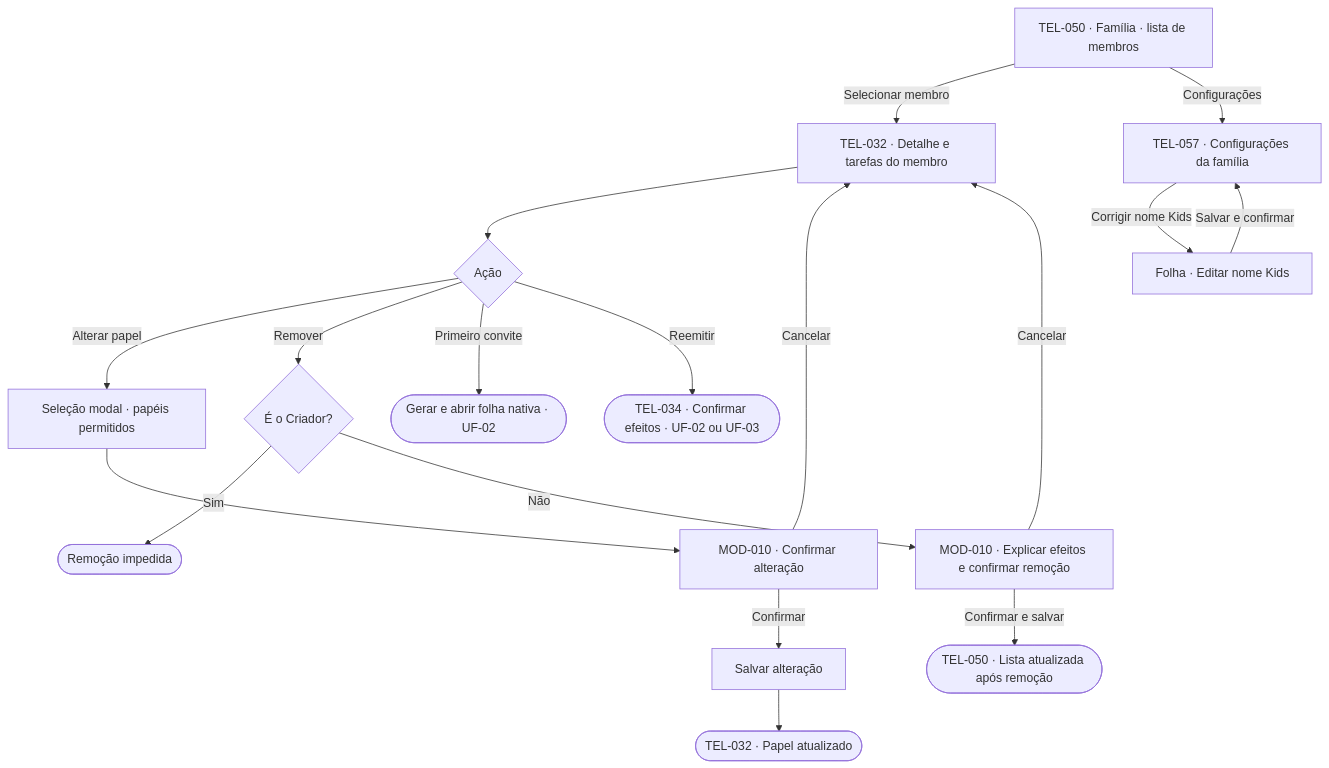
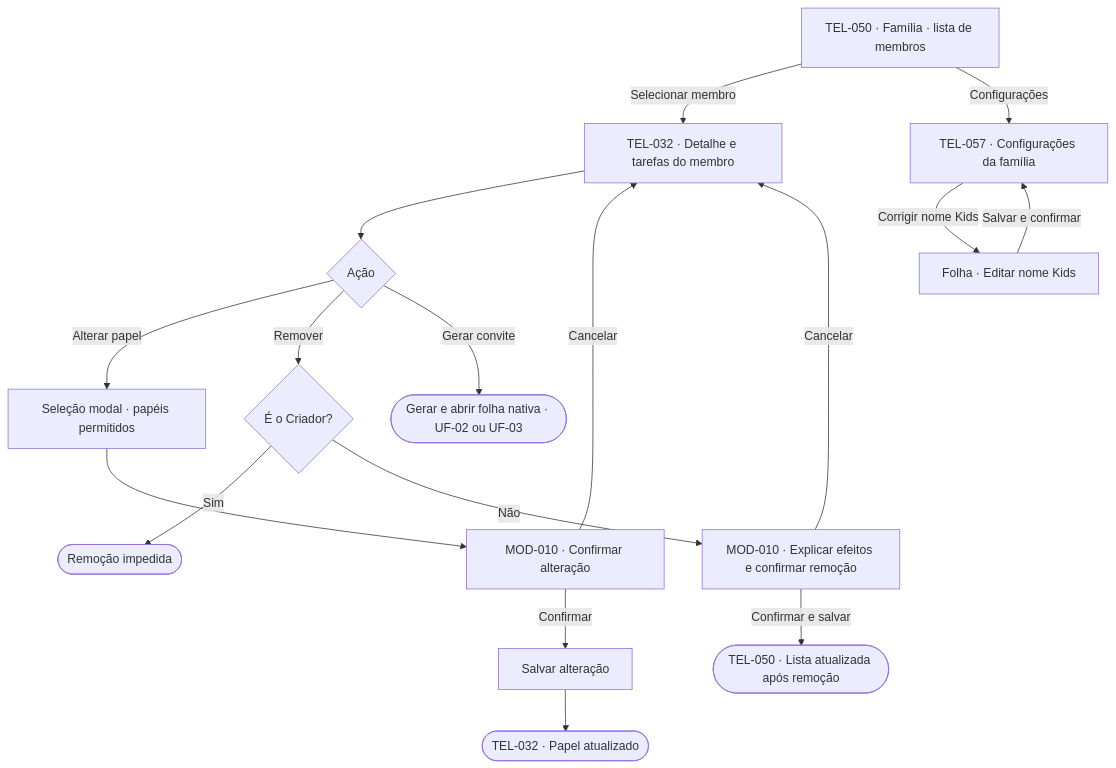
Diagram 12 of 16 in docs/design/user-flows.md (lizandramalta/App-Rotina-Familiar), drawn with Mermaid before and after one commit. The commit also changed other lines of this file and 38 other files, not shown here.

````diff
--- a/docs/design/user-flows.md
+++ b/docs/design/user-flows.md
@@ -469,20 +464,19 @@
 ```mermaid
 flowchart TD
     A["TEL-050 · Família · lista de membros"] -->|Selecionar membro| C["TEL-032 · Detalhe e tarefas do membro"]
     C --> D{"Ação"}
     D -->|Alterar papel| E["Seleção modal · papéis permitidos"]
     E --> I["MOD-010 · Confirmar alteração"]
     I -->|Confirmar| H["Salvar alteração"]
     I -->|Cancelar| C
     H --> J(["TEL-032 · Papel atualizado"])
     A -->|Configurações| S["TEL-057 · Configurações da família"]
     S -->|Corrigir nome Kids| KNE["Folha · Editar nome Kids"]
     KNE -->|Salvar e confirmar| S
     D -->|Remover| K{"É o Criador?"}
     K -->|Sim| L(["Remoção impedida"])
     K -->|Não| M["MOD-010 · Explicar efeitos e confirmar remoção"]
     M -->|Cancelar| C
     M -->|Confirmar e salvar| N(["TEL-050 · Lista atualizada após remoção"])
-    D -->|Primeiro convite| O(["Gerar e abrir folha nativa · UF-02"])
-    D -->|Reemitir| P(["TEL-034 · Confirmar efeitos · UF-02 ou UF-03"])
+    D -->|Gerar convite| O(["Gerar e abrir folha nativa · UF-02 ou UF-03"])
 ```
````
